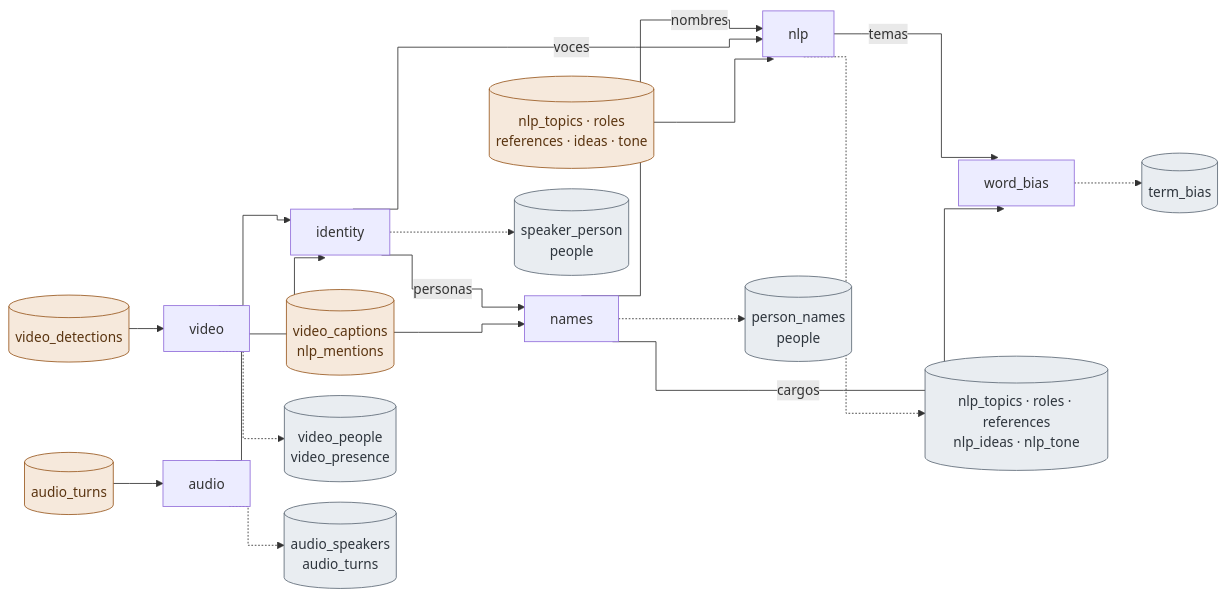
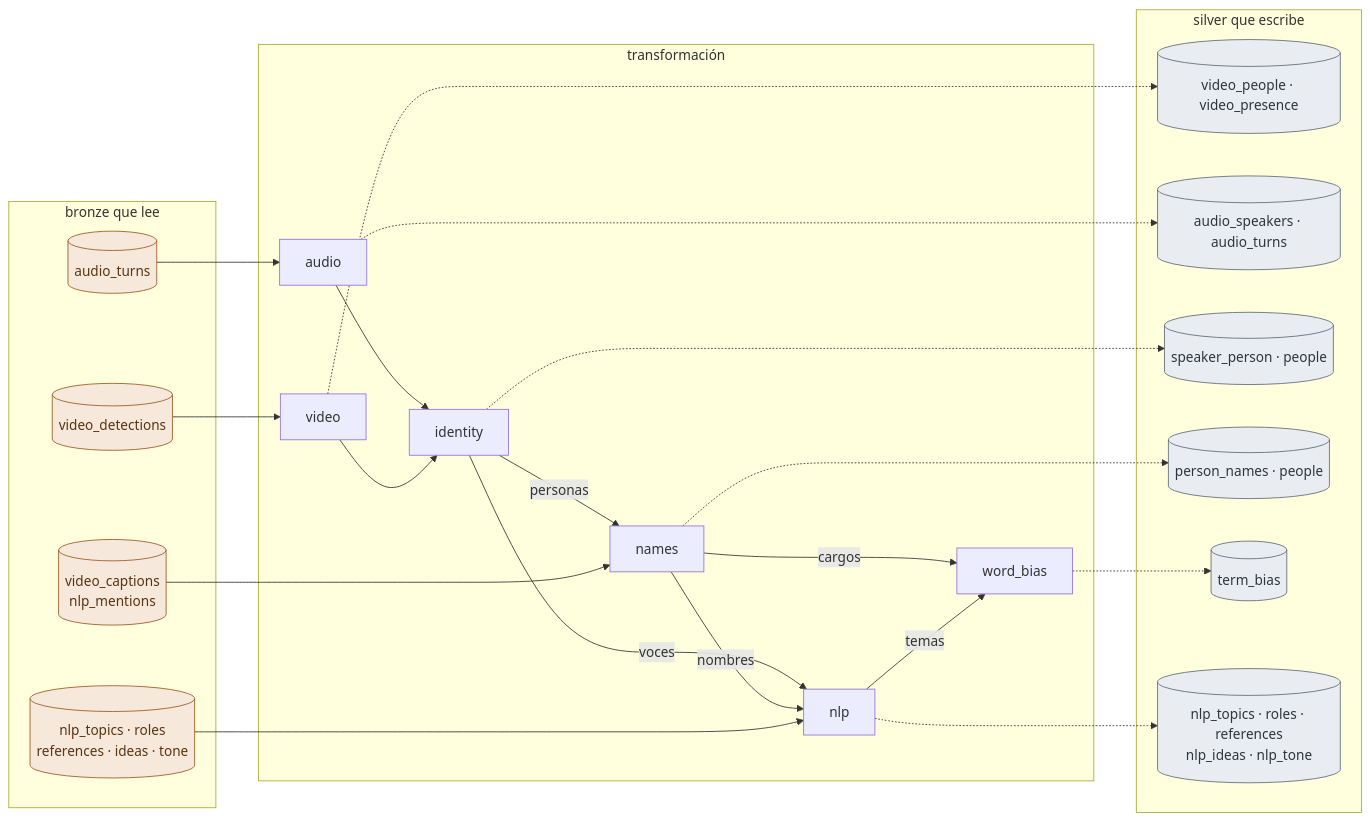
One commit to ComunidadIA-OS/attention-is-all-she-needs changed the second of 3 diagrams in ARCHITECTURE.md. Above: the diagram before and after it, drawn with Mermaid. The commit also changed other lines of this file, not shown here.

Commit message:
docs: correct text architecture

````diff
--- a/ARCHITECTURE.md
+++ b/ARCHITECTURE.md
@@ -125,27 +123,47 @@
 ```mermaid
-%%{init: {"flowchart": {"curve": "step", "nodeSpacing": 24, "rankSpacing": 40}}}%%
 flowchart LR
-    VD[(video_detections)] --> video
-    AT[(audio_turns)] --> audio
+    subgraph B["bronze que lee"]
+        VD[(video_detections)]
+        AT[(audio_turns)]
+        CM[("video_captions<br/>nlp_mentions")]
+        NL[("nlp_topics · roles<br/>references · ideas · tone")]
+    end
+    subgraph T["transformación"]
+        video
+        audio
+        identity
+        names
+        nlp
+        word_bias
+    end
+    subgraph S["silver que escribe"]
+        S1[("video_people · video_presence")]
+        S2[("audio_speakers · audio_turns")]
+        S3[("speaker_person · people")]
+        S4[("person_names · people")]
+        S5[(term_bias)]
+        S6[("nlp_topics · roles · references<br/>nlp_ideas · nlp_tone")]
+    end
+    VD --> video
+    AT --> audio
+    CM --> names
+    NL --> nlp
     video --> identity
     audio --> identity
     identity -- personas --> names
-    CM[("video_captions<br/>nlp_mentions")] --> names
     names -- nombres --> nlp
     identity -- voces --> nlp
-    NL[("nlp_topics · roles<br/>references · ideas · tone")] --> nlp
     nlp -- temas --> word_bias
     names -- cargos --> word_bias
-
-    video -.-> S1[("video_people<br/>video_presence")]
-    audio -.-> S2[("audio_speakers<br/>audio_turns")]
-    identity -.-> S3[("speaker_person<br/>people")]
-    names -.-> S4[("person_names<br/>people")]
-    nlp -.-> S6[("nlp_topics · roles · references<br/>nlp_ideas · nlp_tone")]
-    word_bias -.-> S5[(term_bias)]
-
+    video -.-> S1
+    audio -.-> S2
+    identity -.-> S3
+    names -.-> S4
+    word_bias -.-> S5
+    nlp -.-> S6
     classDef bronze fill:#f6e9dc,stroke:#9a5a22,color:#5a3410
     classDef silver fill:#e9edf1,stroke:#5f6b78,color:#2e353d
+    classDef gold fill:#f7efd2,stroke:#8a6b0c,color:#4d3c06
     class VD,AT,CM,NL bronze
     class S1,S2,S3,S4,S5,S6 silver
 ```
````
